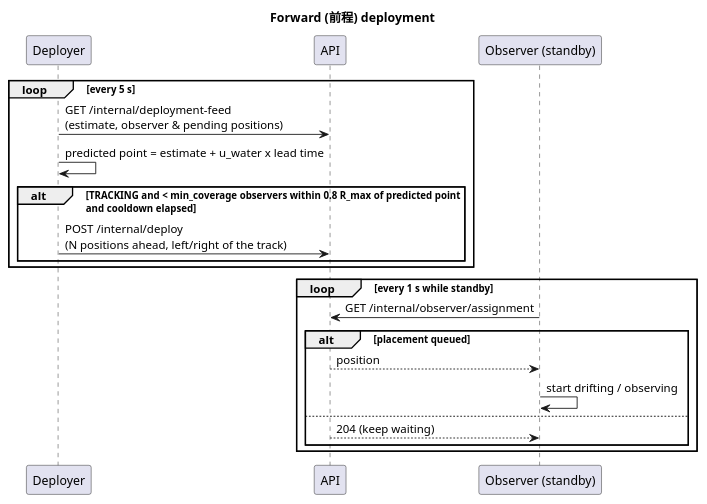
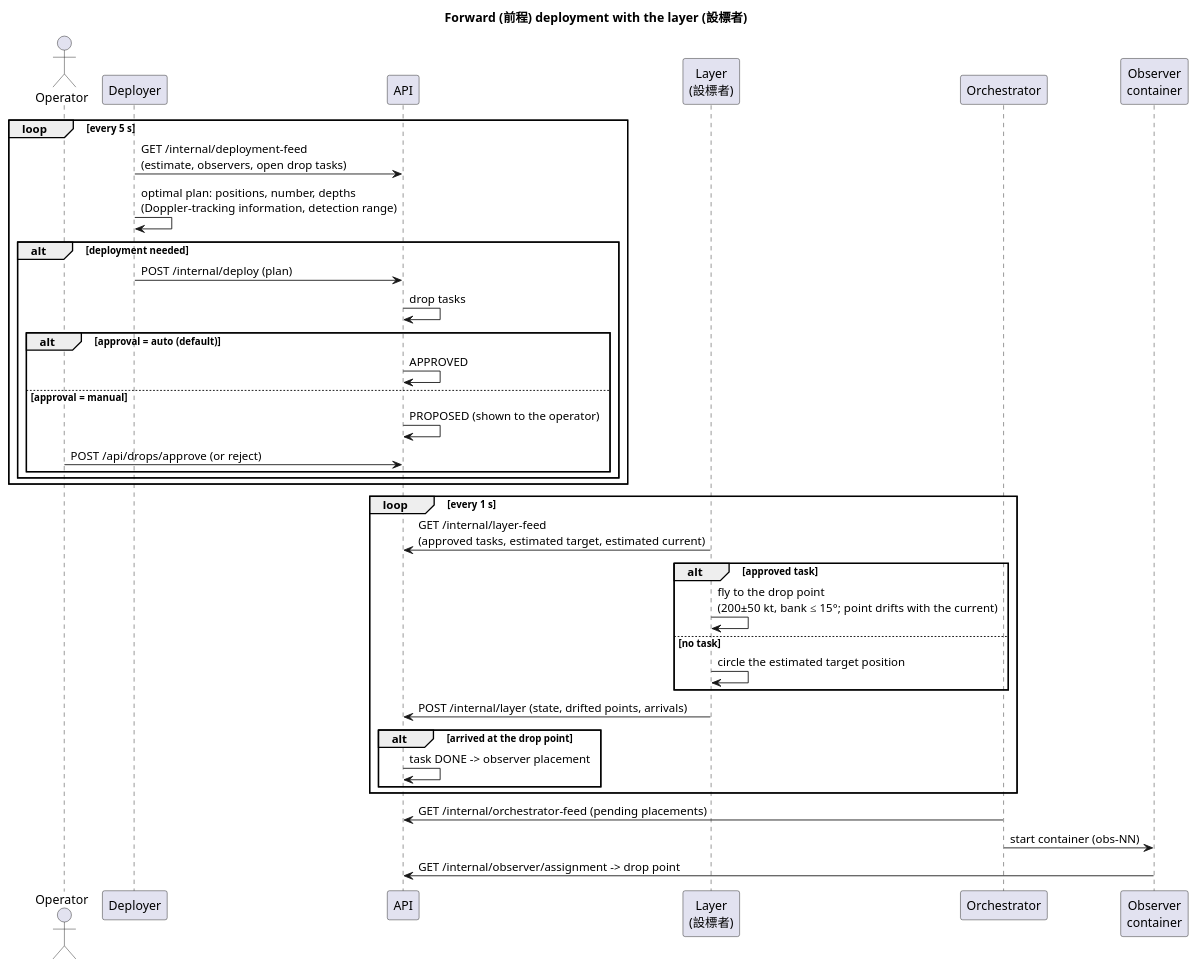
One commit to UeEmon/aqua-drift-simulator changed the diagram in docs/uml/forward-deployment.puml. Above: the diagram before and after it, drawn with PlantUML. The commit also changed 24 other files, not shown here.

First line of the commit message:
Layer (設標者): additional observers are laid when the layer reaches the drop point

```diff
--- a/docs/uml/forward-deployment.puml
+++ b/docs/uml/forward-deployment.puml
@@ -1,22 +1,38 @@
 @startuml
-title Forward (前程) deployment
+title Forward (前程) deployment with the layer (設標者)
+actor Operator
 participant Deployer
 participant API
-participant "Observer (standby)" as Standby
+participant "Layer\n(設標者)" as Layer
+participant Orchestrator
+participant "Observer\ncontainer" as Observer
 loop every 5 s
-  Deployer -> API : GET /internal/deployment-feed\n(estimate, observer & pending positions)
-  Deployer -> Deployer : predicted point = estimate + u_water x lead time
-  alt TRACKING and < min_coverage observers within 0.8 R_max of predicted point\nand cooldown elapsed
-    Deployer -> API : POST /internal/deploy\n(N positions ahead, left/right of the track)
+  Deployer -> API : GET /internal/deployment-feed\n(estimate, observers, open drop tasks)
+  Deployer -> Deployer : optimal plan: positions, number, depths\n(Doppler-tracking information, detection range)
+  alt deployment needed
+    Deployer -> API : POST /internal/deploy (plan)
+    API -> API : drop tasks
+    alt approval = auto (default)
+      API -> API : APPROVED
+    else approval = manual
+      API -> API : PROPOSED (shown to the operator)
+      Operator -> API : POST /api/drops/approve (or reject)
+    end
   end
 end
-loop every 1 s while standby
-  Standby -> API : GET /internal/observer/assignment
-  alt placement queued
-    API --> Standby : position
-    Standby -> Standby : start drifting / observing
-  else
-    API --> Standby : 204 (keep waiting)
+loop every 1 s
+  Layer -> API : GET /internal/layer-feed\n(approved tasks, estimated target, estimated current)
+  alt approved task
+    Layer -> Layer : fly to the drop point\n(200±50 kt, bank ≤ 15°; point drifts with the current)
+  else no task
+    Layer -> Layer : circle the estimated target position
+  end
+  Layer -> API : POST /internal/layer (state, drifted points, arrivals)
+  alt arrived at the drop point
+    API -> API : task DONE -> observer placement
   end
 end
+Orchestrator -> API : GET /internal/orchestrator-feed (pending placements)
+Orchestrator -> Observer : start container (obs-NN)
+Observer -> API : GET /internal/observer/assignment -> drop point
 @enduml
```
